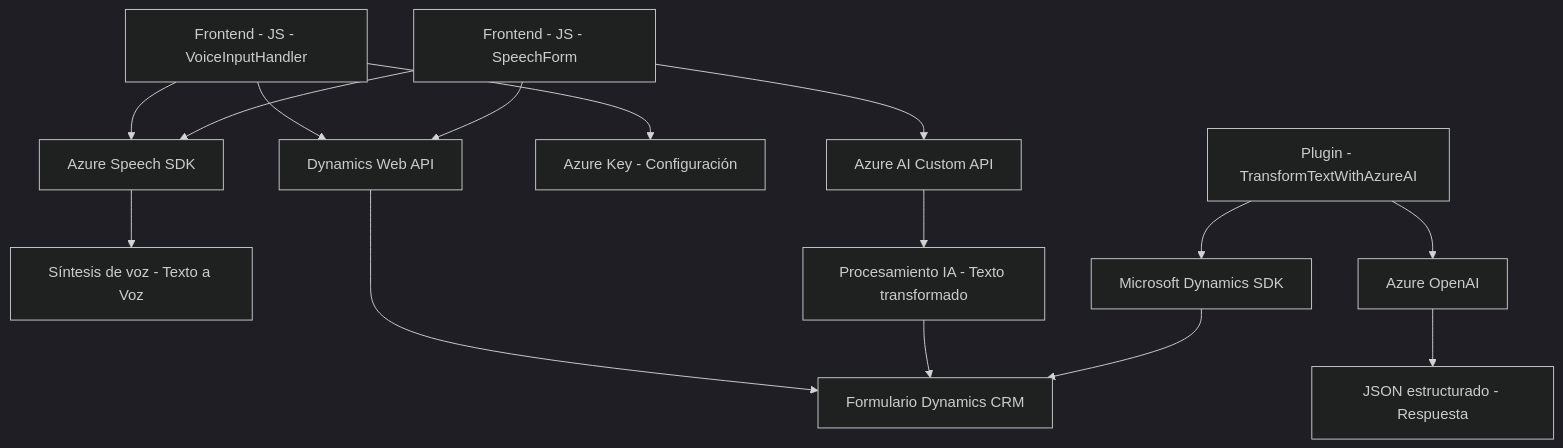
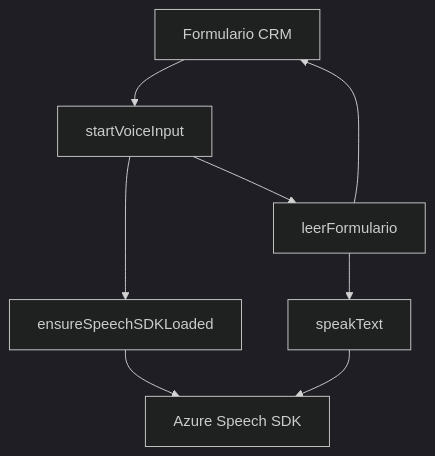
The second of 3 diagrams in README.md (blopezdm/NETCORE_BILBAO2025), drawn with Mermaid (dark theme) before and after one commit. The commit also changed other lines of this file, not shown here.

````diff
--- a/README.md
+++ b/README.md
@@ -34,19 +54,17 @@
 ```mermaid
 graph TD
-    A["Frontend - JS - VoiceInputHandler"] --> B["Azure Speech SDK"]
-    A --> C["Dynamics Web API"]
-    A --> D["Azure Key - Configuración"]
-    C --> E["Formulario Dynamics CRM"]
-    B --> F["Síntesis de voz - Texto a Voz"]
+    A["Formulario CRM"]
+    B["startVoiceInput"]
+    C["leerFormulario"]
+    D["speakText"]
+    E["ensureSpeechSDKLoaded"]
+    F["Azure Speech SDK"]
 
-    G["Frontend - JS - SpeechForm"] --> B
-    G --> C
-    G --> H["Azure AI Custom API"]
-    H --> I["Procesamiento IA - Texto transformado"]
-    I --> E
-
-    J["Plugin - TransformTextWithAzureAI"] --> K["Microsoft Dynamics SDK"]
-    J --> L["Azure OpenAI"]
-    L --> M["JSON estructurado - Respuesta"] 
-    K --> E
+    A --> B
+    B --> E
+    E --> F
+    C --> D
+    B --> C
+    C --> A
+    D --> F
 ```
````
